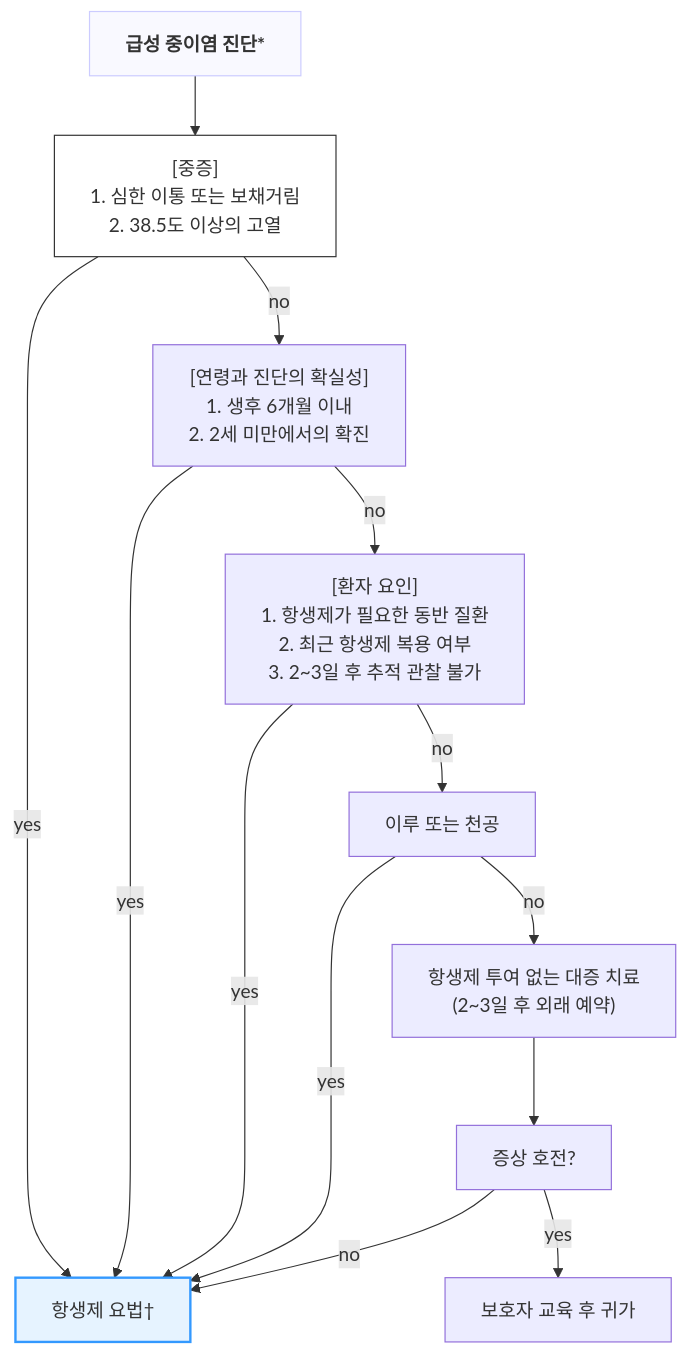
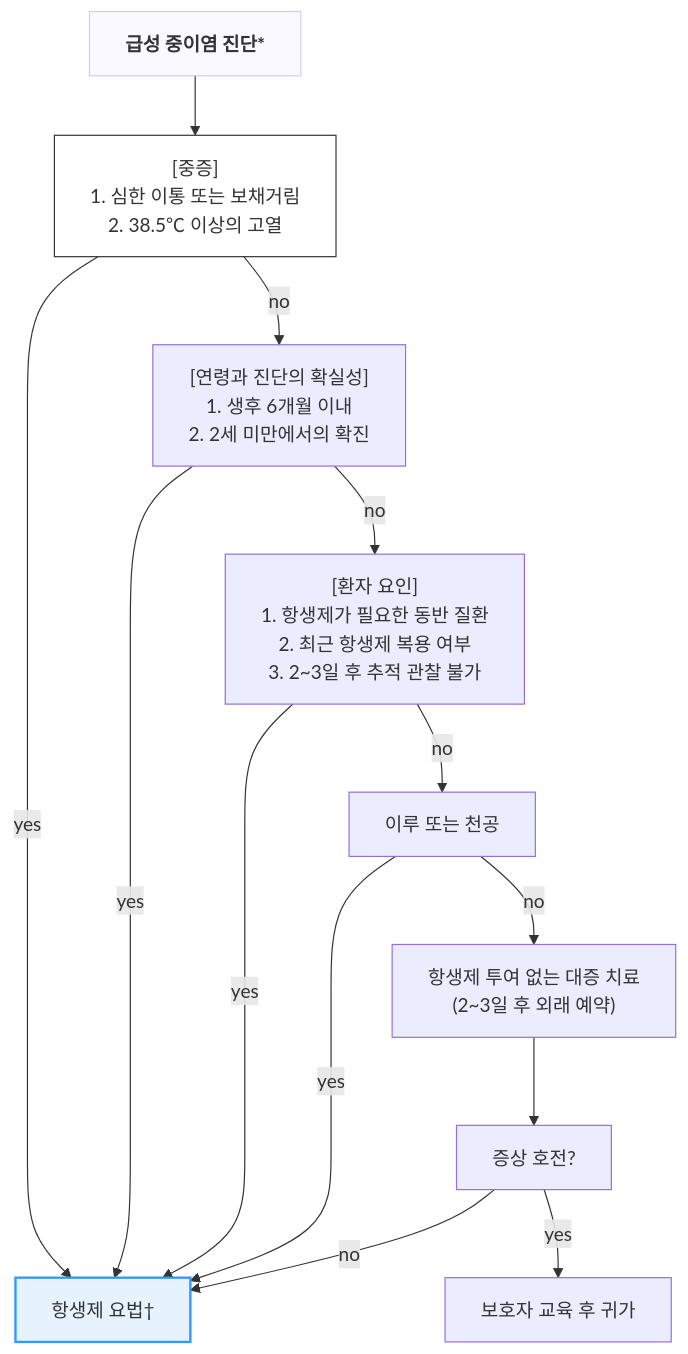
The second of 3 diagrams in 222_/048_-otitis-media.md (familyoh77/familyoh77), drawn with Mermaid before and after one commit. The commit also changed other lines of this file, not shown here.

````diff
--- a/222_/048_-otitis-media.md
+++ b/222_/048_-otitis-media.md
@@ -309,42 +279,34 @@
 ```mermaid
 graph TD
-    %% 시작 노드: 급성 중이염 진단 상세 내용
     Start["<b>급성 중이염 진단*</b>"]
 
-    Severity["[중증]<br/>1. 심한 이통 또는 보채거림<br/>2. 38.5도 이상의 고열"]
+    Severity["[중증]<br/>1. 심한 이통 또는 보채거림<br/>2. 38.5℃ 이상의 고열"]
     
-    %% 진단에서 바로 중증도 판단으로 연결
     Start --> Severity
     
-    %% 중증 여부 분기
     Severity -- "yes" --> Antibiotics["항생제 요법†"]
     
     Severity -- "no" --> Certainty["[연령과 진단의 확실성]<br/>1. 생후 6개월 이내<br/>2. 2세 미만에서의 확진"]
     
-    %% 연령 및 확실성 분기
     Certainty -- "yes" --> Antibiotics
     
     Certainty -- "no" --> PatientFactor["[환자 요인]<br/>1. 항생제가 필요한 동반 질환<br/>2. 최근 항생제 복용 여부<br/>3. 2~3일 후 추적 관찰 불가"]
     
-    %% 환자 요인 분기
     PatientFactor -- "yes" --> Antibiotics
     
     PatientFactor -- "no" --> Otorrhea["이루 또는 천공"]
     
-    %% 이루/천공 분기
     Otorrhea -- "yes" --> Antibiotics
     
     Otorrhea -- "no" --> Supportive["항생제 투여 없는 대증 치료<br/>(2~3일 후 외래 예약)"]
     
-    %% 추적 관찰 결과
     Supportive --> Improvement["증상 호전?"]
     
     Improvement -- "no" --> Antibiotics
     
     Improvement -- "yes" --> Home["보호자 교육 후 귀가"]
 
-    %% 스타일링
     style Start fill:#f9f9ff,stroke:#ccccff
     style Antibiotics fill:#e6f3ff,stroke:#3399ff,stroke-width:2px
     style Severity fill:#fff,stroke:#333
 ```
````
